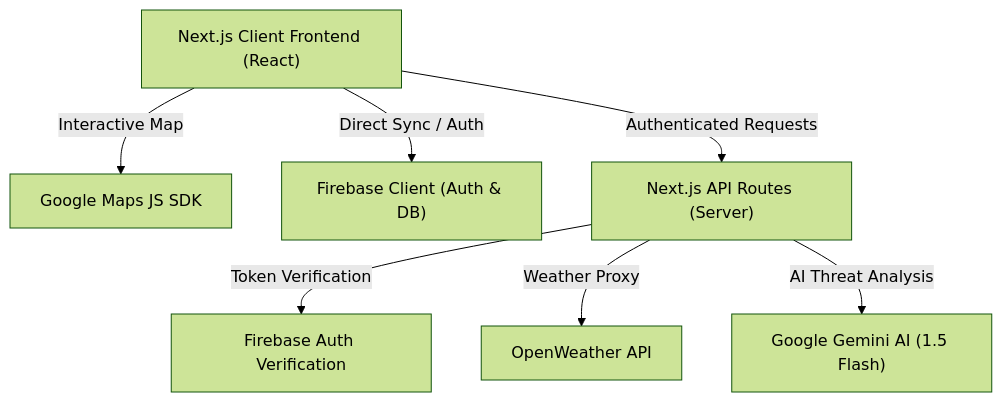
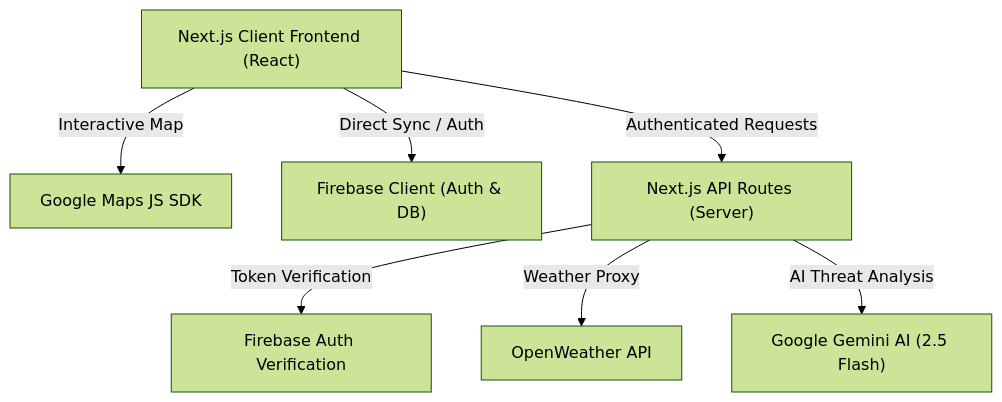
The diagram in README.md (amarjeetsahoo/stadium-command), drawn with Mermaid (forest theme) before and after one commit. The commit also changed other lines of this file and 8 other files, not shown here.

````diff
--- a/README.md
+++ b/README.md
@@ -11,9 +11,9 @@
 ```mermaid
 graph TD
     Client["Next.js Client Frontend (React)"] -->|Interactive Map| Maps["Google Maps JS SDK"]
     Client -->|Direct Sync / Auth| FB["Firebase Client (Auth & DB)"]
     Client -->|Authenticated Requests| API["Next.js API Routes (Server)"]
     API -->|Token Verification| FBR["Firebase Auth Verification"]
     API -->|Weather Proxy| OW["OpenWeather API"]
-    API -->|AI Threat Analysis| Gem["Google Gemini AI (1.5 Flash)"]
+    API -->|AI Threat Analysis| Gem["Google Gemini AI (2.5 Flash)"]
 ```
````
